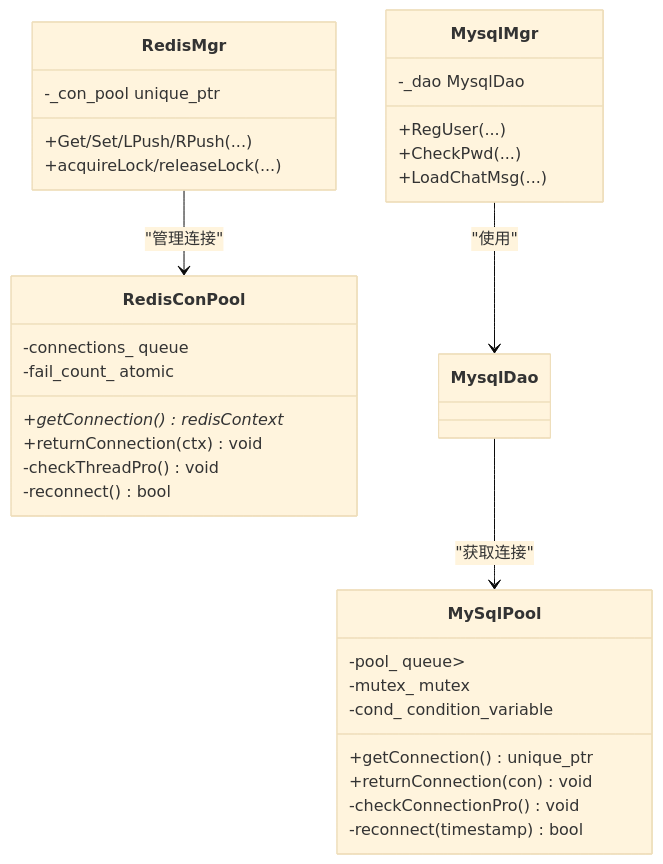
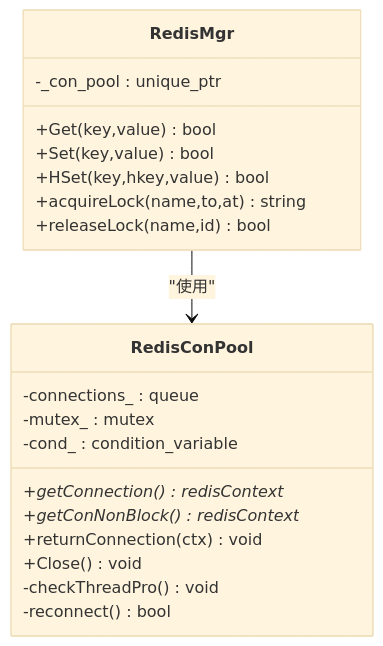
Before and after one commit to echo9923/mychatter: the fourth of 6 diagrams in .qoder/repowiki/zh/content/性能优化/性能优化.md, drawn with Mermaid (base theme). The commit also changed other lines of this file and 526 other files, not shown here.

````diff
--- a/.qoder/repowiki/zh/content/性能优化/性能优化.md
+++ b/.qoder/repowiki/zh/content/性能优化/性能优化.md
@@ -204,34 +162,23 @@
 ```mermaid
 classDiagram
-class MySqlPool {
-+getConnection() unique_ptr<SqlConnection>
-+returnConnection(con) void
--checkConnectionPro() void
--reconnect(timestamp) bool
--pool_ queue<unique_ptr<SqlConnection>>
--mutex_ mutex
--cond_ condition_variable
-}
 class RedisConPool {
 +getConnection() redisContext*
++getConNonBlock() redisContext*
 +returnConnection(ctx) void
++Close() void
 -checkThreadPro() void
 -reconnect() bool
--connections_ queue<redisContext*>
--fail_count_ atomic<int>
-}
-class MysqlMgr {
-+RegUser(...)
-+CheckPwd(...)
-+LoadChatMsg(...)
--_dao MysqlDao
+-connections_ : queue<redisContext*>
+-mutex_ : mutex
+-cond_ : condition_variable
 }
 class RedisMgr {
-+Get/Set/LPush/RPush(...)
-+acquireLock/releaseLock(...)
--_con_pool unique_ptr<RedisConPool>
++Get(key,value) bool
++Set(key,value) bool
++HSet(key,hkey,value) bool
++acquireLock(name,to,at) string
++releaseLock(name,id) bool
+-_con_pool : unique_ptr<RedisConPool>
 }
-MysqlMgr --> MysqlDao : "使用"
-MysqlDao --> MySqlPool : "获取连接"
-RedisMgr --> RedisConPool : "管理连接"
+RedisMgr --> RedisConPool : "使用"
 ```
````
